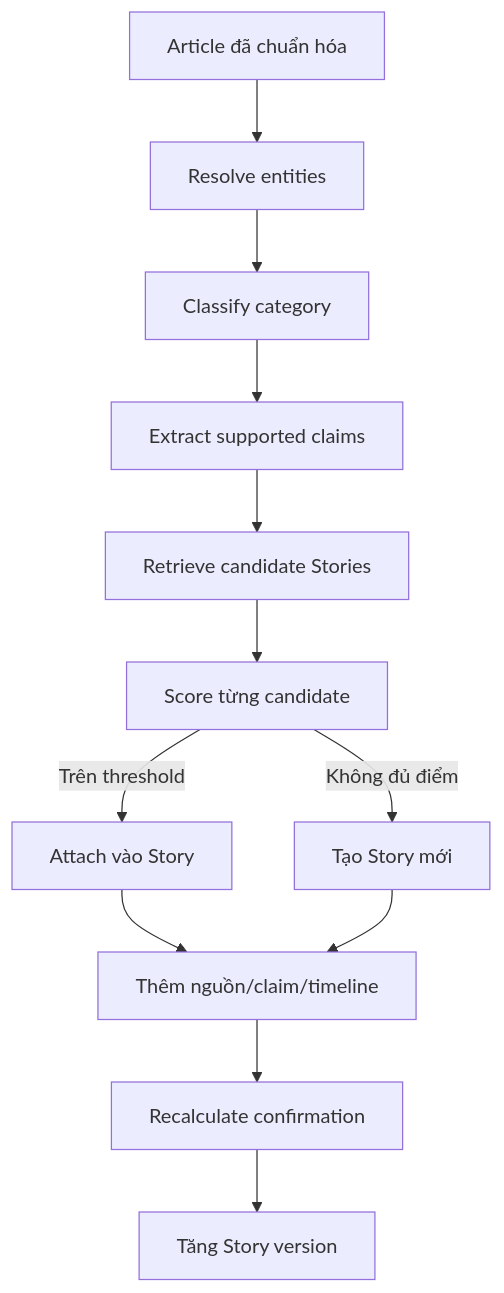
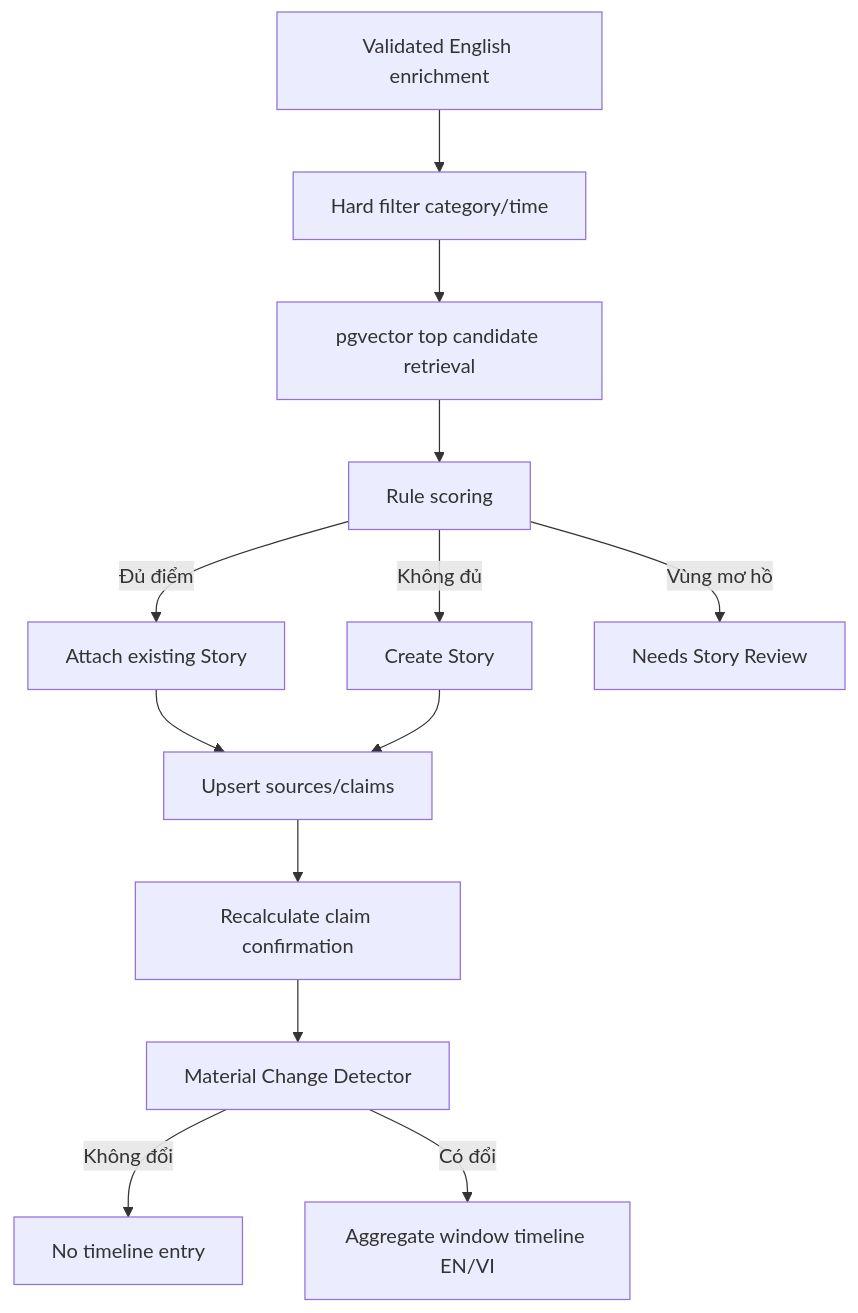
One commit to marvinphung/project3 changed the diagram in docs/story-design.md. Above: the diagram before and after it, drawn with Mermaid. The commit also changed other lines of this file and 12 other files, not shown here.

````diff
--- a/docs/story-design.md
+++ b/docs/story-design.md
@@ -15,14 +12,15 @@
 ```mermaid
 flowchart TD
-    A[Article đã chuẩn hóa] --> B[Resolve entities]
-    B --> C[Classify category]
-    C --> D[Extract supported claims]
-    D --> E[Retrieve candidate Stories]
-    E --> F[Score từng candidate]
-    F -->|Trên threshold| G[Attach vào Story]
-    F -->|Không đủ điểm| H[Tạo Story mới]
-    G --> I[Thêm nguồn/claim/timeline]
-    H --> I
-    I --> J[Recalculate confirmation]
-    J --> K[Tăng Story version]
+    A[Validated English enrichment] --> B[Hard filter category/time]
+    B --> C[pgvector top candidate retrieval]
+    C --> D[Rule scoring]
+    D -->|Đủ điểm| E[Attach existing Story]
+    D -->|Không đủ| F[Create Story]
+    D -->|Vùng mơ hồ| G[Needs Story Review]
+    E --> H[Upsert sources/claims]
+    F --> H
+    H --> I[Recalculate claim confirmation]
+    I --> J[Material Change Detector]
+    J -->|Không đổi| K[No timeline entry]
+    J -->|Có đổi| L[Aggregate window timeline EN/VI]
 ```
````
